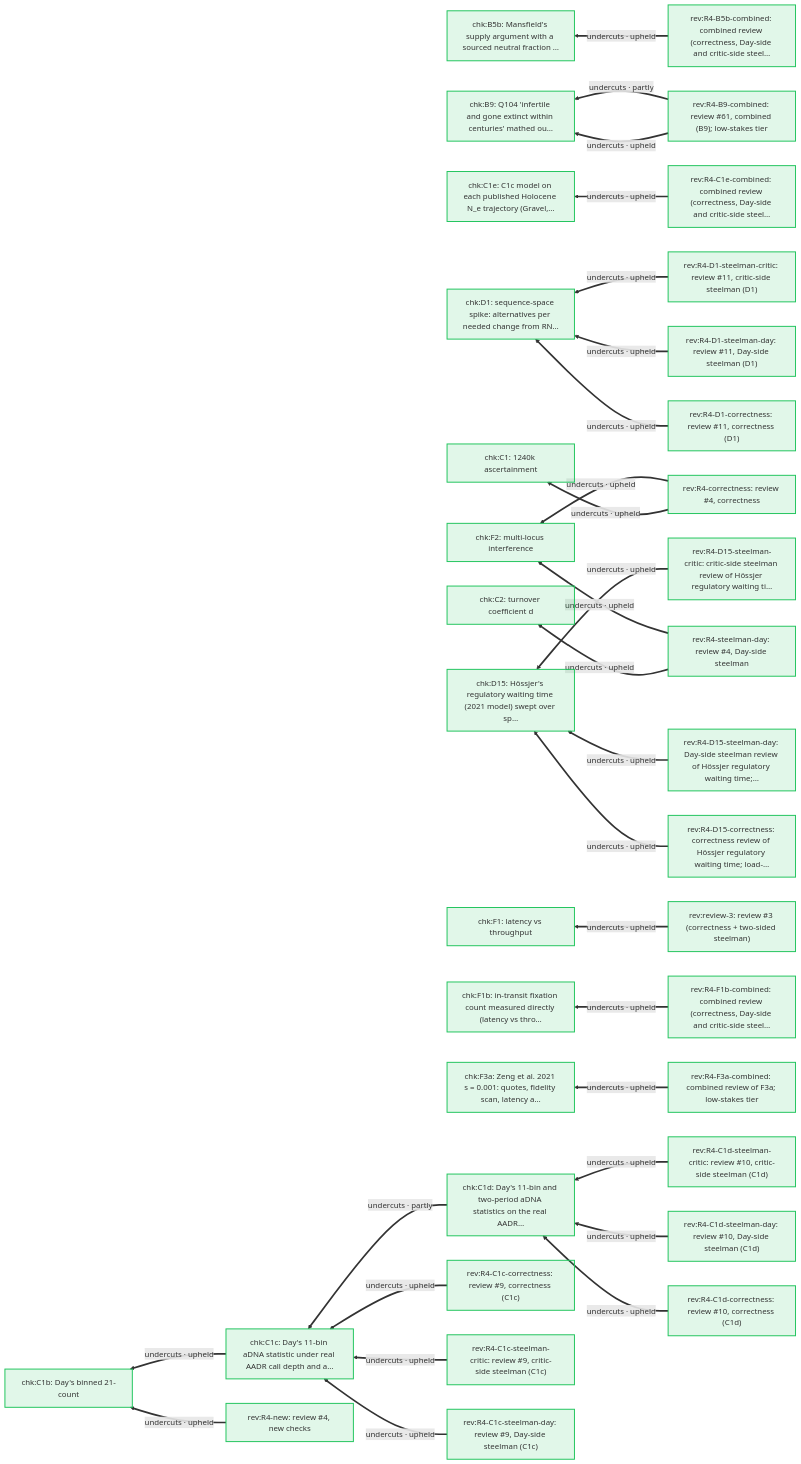
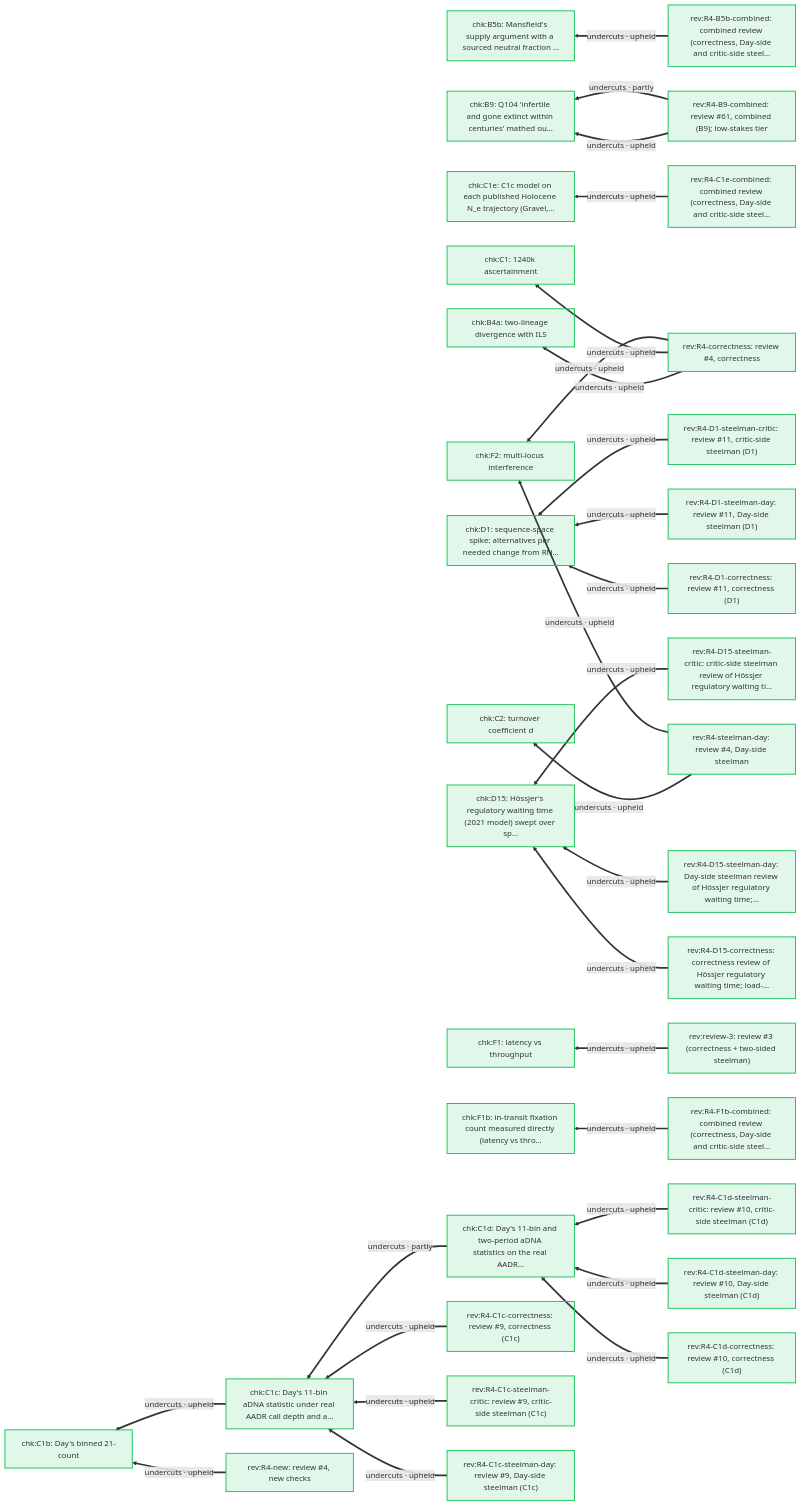
One commit to nickallevato/evo-sim changed diagram 21 of 24 in docs/arguments/defeaters.md. Above: the diagram before and after it, drawn with Mermaid. The commit also changed other lines of this file and 9 other files, not shown here.

````diff
--- a/docs/arguments/defeaters.md
+++ b/docs/arguments/defeaters.md
@@ -1086,69 +1089,68 @@
 ```mermaid
 flowchart RL
   classDef day fill:#f59e0b22,stroke:#f59e0b,stroke-width:2px
   classDef ally fill:#d9770622,stroke:#d97706,stroke-width:2px
   classDef critic fill:#3b82f622,stroke:#3b82f6,stroke-width:2px
   classDef literature fill:#a3a3a322,stroke:#a3a3a3,stroke-width:2px
   classDef audit fill:#22c55e22,stroke:#22c55e,stroke-width:2px
+  chk_B4a["chk:B4a: two-lineage divergence with ILS"]:::audit
   chk_B5b["chk:B5b: Mansfield's supply argument with a sourced neutral fraction …"]:::audit
   chk_B9["chk:B9: Q104 'infertile and gone extinct within centuries' mathed ou…"]:::audit
   chk_C1["chk:C1: 1240k ascertainment"]:::audit
   chk_C1b["chk:C1b: Day's binned 21-count"]:::audit
   chk_C1c["chk:C1c: Day's 11-bin aDNA statistic under real AADR call depth and a…"]:::audit
   chk_C1d["chk:C1d: Day's 11-bin and two-period aDNA statistics on the real AADR…"]:::audit
   chk_C1e["chk:C1e: C1c model on each published Holocene N_e trajectory (Gravel,…"]:::audit
   chk_C2["chk:C2: turnover coefficient d"]:::audit
   chk_D1["chk:D1: sequence-space spike: alternatives per needed change from RN…"]:::audit
   chk_D15["chk:D15: Hössjer's regulatory waiting time (2021 model) swept over sp…"]:::audit
   chk_F1["chk:F1: latency vs throughput"]:::audit
   chk_F1b["chk:F1b: in-transit fixation count measured directly (latency vs thro…"]:::audit
   chk_F2["chk:F2: multi-locus interference"]:::audit
-  chk_F3a["chk:F3a: Zeng et al. 2021 s = 0.001: quotes, fidelity scan, latency a…"]:::audit
   rev_R4_B5b_combined["rev:R4-B5b-combined: combined review (correctness, Day-side and critic-side steel…"]:::audit
   rev_R4_B9_combined["rev:R4-B9-combined: review #61, combined (B9); low-stakes tier"]:::audit
   rev_R4_C1c_correctness["rev:R4-C1c-correctness: review #9, correctness (C1c)"]:::audit
   rev_R4_C1c_steelman_critic["rev:R4-C1c-steelman-critic: review #9, critic-side steelman (C1c)"]:::audit
   rev_R4_C1c_steelman_day["rev:R4-C1c-steelman-day: review #9, Day-side steelman (C1c)"]:::audit
   rev_R4_C1d_correctness["rev:R4-C1d-correctness: review #10, correctness (C1d)"]:::audit
   rev_R4_C1d_steelman_critic["rev:R4-C1d-steelman-critic: review #10, critic-side steelman (C1d)"]:::audit
   rev_R4_C1d_steelman_day["rev:R4-C1d-steelman-day: review #10, Day-side steelman (C1d)"]:::audit
   rev_R4_C1e_combined["rev:R4-C1e-combined: combined review (correctness, Day-side and critic-side steel…"]:::audit
   rev_R4_D1_correctness["rev:R4-D1-correctness: review #11, correctness (D1)"]:::audit
   rev_R4_D1_steelman_critic["rev:R4-D1-steelman-critic: review #11, critic-side steelman (D1)"]:::audit
   rev_R4_D1_steelman_day["rev:R4-D1-steelman-day: review #11, Day-side steelman (D1)"]:::audit
   rev_R4_D15_correctness["rev:R4-D15-correctness: correctness review of Hössjer regulatory waiting time; load-…"]:::audit
   rev_R4_D15_steelman_critic["rev:R4-D15-steelman-critic: critic-side steelman review of Hössjer regulatory waiting ti…"]:::audit
   rev_R4_D15_steelman_day["rev:R4-D15-steelman-day: Day-side steelman review of Hössjer regulatory waiting time;…"]:::audit
   rev_R4_F1b_combined["rev:R4-F1b-combined: combined review (correctness, Day-side and critic-side steel…"]:::audit
-  rev_R4_F3a_combined["rev:R4-F3a-combined: combined review of F3a; low-stakes tier"]:::audit
   rev_R4_correctness["rev:R4-correctness: review #4, correctness"]:::audit
   rev_R4_new["rev:R4-new: review #4, new checks"]:::audit
   rev_R4_steelman_day["rev:R4-steelman-day: review #4, Day-side steelman"]:::audit
   rev_review_3["rev:review-3: review #3 (correctness + two-sided steelman)"]:::audit
+  rev_R4_correctness ==>|"undercuts · upheld"| chk_B4a
   rev_R4_B5b_combined ==>|"undercuts · upheld"| chk_B5b
   rev_R4_B9_combined ==>|"undercuts · upheld"| chk_B9
   rev_R4_B9_combined ==>|"undercuts · partly"| chk_B9
   rev_R4_correctness ==>|"undercuts · upheld"| chk_C1
   rev_R4_new ==>|"undercuts · upheld"| chk_C1b
   chk_C1c ==>|"undercuts · upheld"| chk_C1b
   chk_C1d ==>|"undercuts · partly"| chk_C1c
   rev_R4_C1c_correctness ==>|"undercuts · upheld"| chk_C1c
   rev_R4_C1c_steelman_day ==>|"undercuts · upheld"| chk_C1c
   rev_R4_C1c_steelman_critic ==>|"undercuts · upheld"| chk_C1c
   rev_R4_C1d_correctness ==>|"undercuts · upheld"| chk_C1d
   rev_R4_C1d_steelman_day ==>|"undercuts · upheld"| chk_C1d
   rev_R4_C1d_steelman_critic ==>|"undercuts · upheld"| chk_C1d
   rev_R4_C1e_combined ==>|"undercuts · upheld"| chk_C1e
   rev_R4_steelman_day ==>|"undercuts · upheld"| chk_C2
   rev_R4_D1_correctness ==>|"undercuts · upheld"| chk_D1
   rev_R4_D1_steelman_day ==>|"undercuts · upheld"| chk_D1
   rev_R4_D1_steelman_critic ==>|"undercuts · upheld"| chk_D1
   rev_R4_D15_correctness ==>|"undercuts · upheld"| chk_D15
   rev_R4_D15_steelman_day ==>|"undercuts · upheld"| chk_D15
   rev_R4_D15_steelman_critic ==>|"undercuts · upheld"| chk_D15
   rev_review_3 ==>|"undercuts · upheld"| chk_F1
   rev_R4_F1b_combined ==>|"undercuts · upheld"| chk_F1b
   rev_R4_correctness ==>|"undercuts · upheld"| chk_F2
   rev_R4_steelman_day ==>|"undercuts · upheld"| chk_F2
-  rev_R4_F3a_combined ==>|"undercuts · upheld"| chk_F3a
 ```
````
